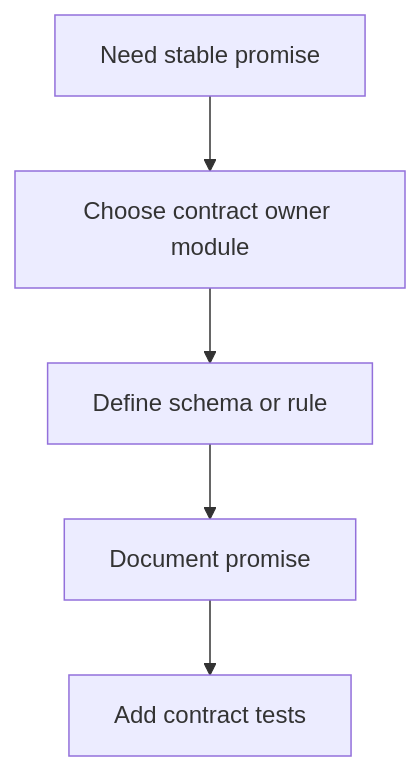
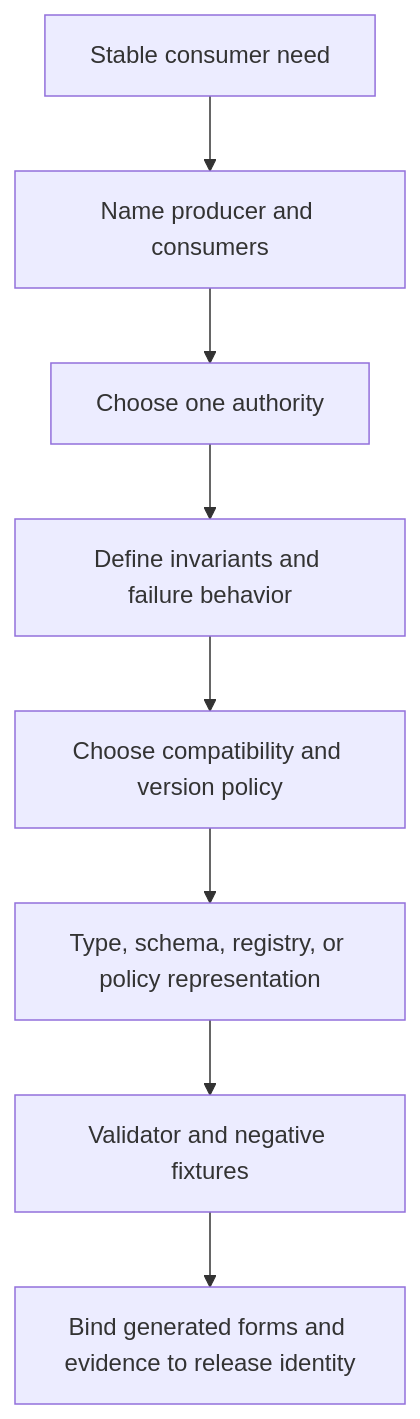
Before and after one commit to bijux/bijux-atlas: the first of 3 diagrams in docs/bijux-atlas-dev/automation/adding-contracts.md, drawn with Mermaid. The commit also changed other lines of this file and 2 other files, not shown here.

Commit message:
docs(extensions): define governed CLI HTTP and contract changes

````diff
--- a/docs/bijux-atlas-dev/automation/adding-contracts.md
+++ b/docs/bijux-atlas-dev/automation/adding-contracts.md
@@ -16,7 +19,10 @@
 ```mermaid
 flowchart TD
-    Need[Need stable promise] --> Owner[Choose contract owner module]
-    Owner --> Define[Define schema or rule]
-    Define --> Docs[Document promise]
-    Docs --> Tests[Add contract tests]
+    Need[Stable consumer need] --> Audience[Name producer and consumers]
+    Audience --> Owner[Choose one authority]
+    Owner --> Semantics[Define invariants and failure behavior]
+    Semantics --> Version[Choose compatibility and version policy]
+    Version --> Represent[Type, schema, registry, or policy representation]
+    Represent --> Verify[Validator and negative fixtures]
+    Verify --> Release[Bind generated forms and evidence to release identity]
 ```
````
